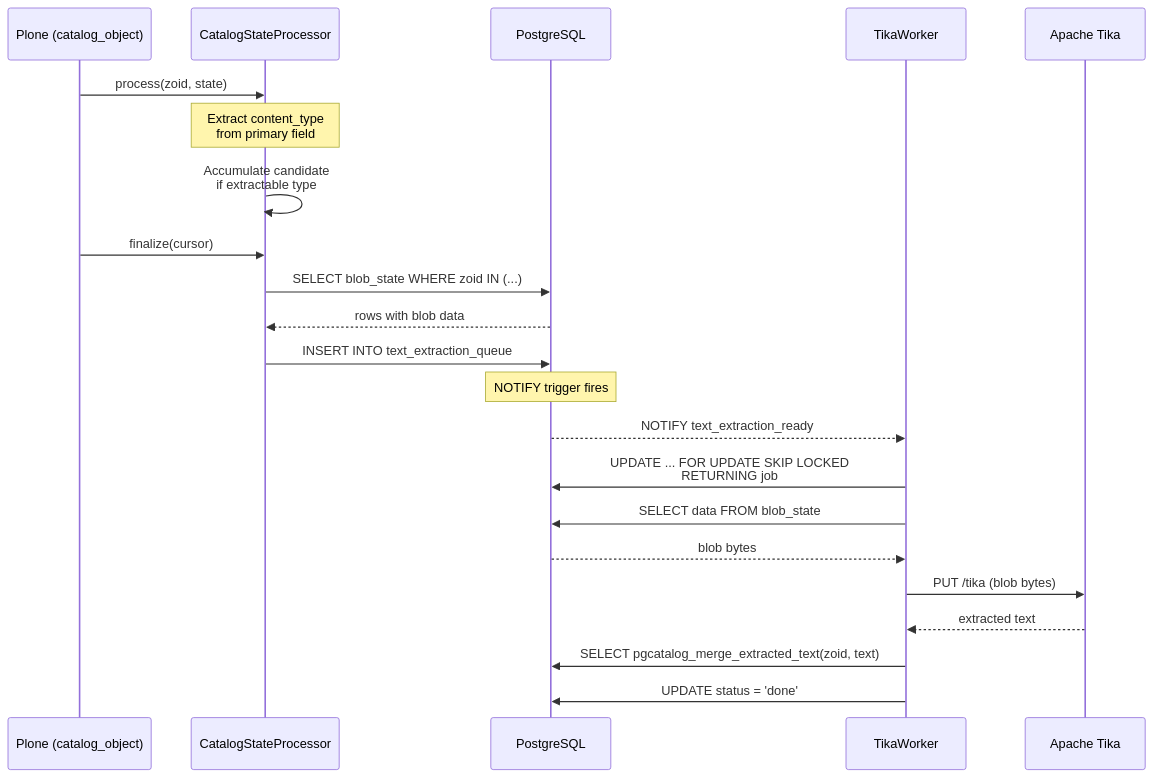
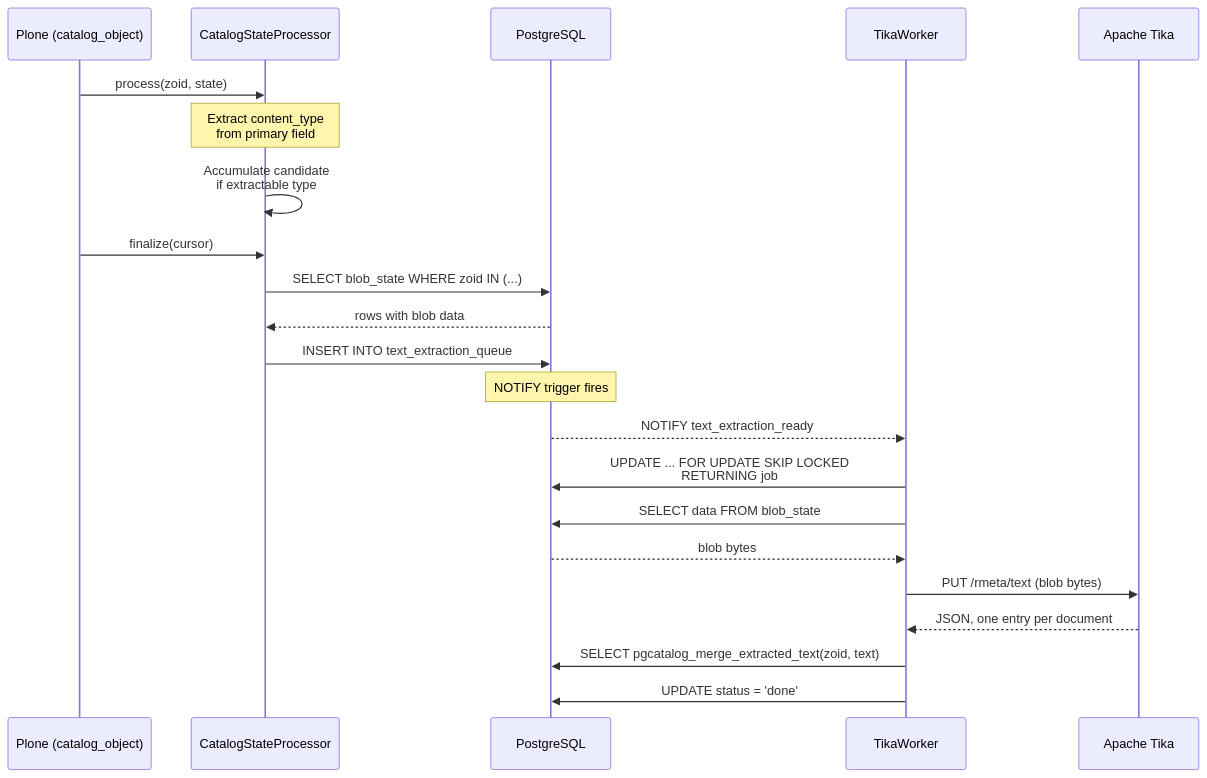
The diagram in docs/sources/explanation/tika-extraction.md (bluedynamics/plone-pgcatalog), drawn with Mermaid before and after one commit. The commit also changed other lines of this file and 7 other files, not shown here.

First line of the commit message:
docs: document the shipped Tika extraction behaviour, and fix the in-process metadata whitelist (#242)

````diff
--- a/docs/sources/explanation/tika-extraction.md
+++ b/docs/sources/explanation/tika-extraction.md
@@ -77,26 +142,26 @@
 ```{mermaid}
 sequenceDiagram
     participant Plone as Plone (catalog_object)
     participant Proc as CatalogStateProcessor
     participant PG as PostgreSQL
     participant Worker as TikaWorker
     participant Tika as Apache Tika
 
     Plone->>Proc: process(zoid, state)
     Note over Proc: Extract content_type<br/>from primary field
     Proc->>Proc: Accumulate candidate<br/>if extractable type
     Plone->>Proc: finalize(cursor)
     Proc->>PG: SELECT blob_state WHERE zoid IN (...)
     PG-->>Proc: rows with blob data
     Proc->>PG: INSERT INTO text_extraction_queue
     Note over PG: NOTIFY trigger fires
 
     PG-->>Worker: NOTIFY text_extraction_ready
     Worker->>PG: UPDATE ... FOR UPDATE SKIP LOCKED<br/>RETURNING job
     Worker->>PG: SELECT data FROM blob_state
     PG-->>Worker: blob bytes
-    Worker->>Tika: PUT /tika (blob bytes)
-    Tika-->>Worker: extracted text
+    Worker->>Tika: PUT /rmeta/text (blob bytes)
+    Tika-->>Worker: JSON, one entry per document
     Worker->>PG: SELECT pgcatalog_merge_extracted_text(zoid, text)
     Worker->>PG: UPDATE status = 'done'
 ```
````
